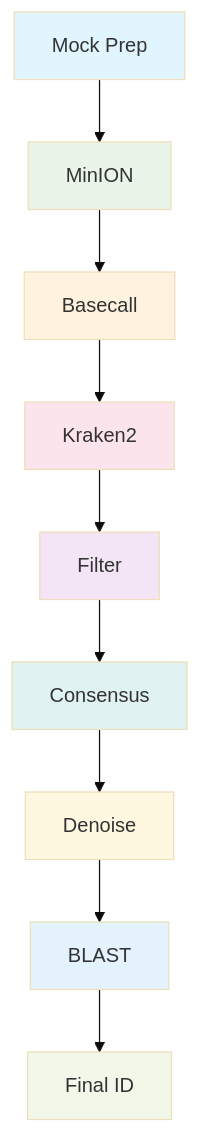
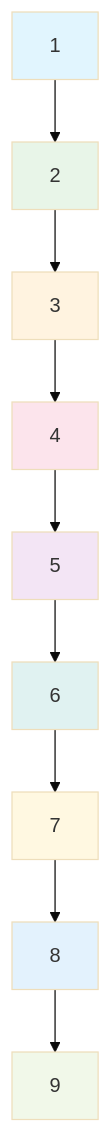
Before and after one commit to piedna/DeCodeDNA: the diagram in README.md, drawn with Mermaid (base theme). The commit also changed other lines of this file, not shown here.

Commit message:
Simplify flowchart with short labels and color coding

````diff
--- a/README.md
+++ b/README.md
@@ -38,21 +38,21 @@
 ```mermaid
 flowchart TD
-    A[Mock Prep] --> B[MinION]
-    B --> C[Basecall]
-    C --> D[Kraken2]
-    D --> E[Filter]
-    E --> F[Consensus]
-    F --> G[Denoise]
-    G --> H[BLAST]
-    H --> I[Final ID]
+    A[1] --> B[2]
+    B --> C[3]
+    C --> D[4]
+    D --> E[5]
+    E --> F[6]
+    F --> G[7]
+    G --> H[8]
+    H --> I[9]
     
     style A fill:#e1f5fe
     style B fill:#e8f5e8
     style C fill:#fff3e0
     style D fill:#fce4ec
     style E fill:#f3e5f5
     style F fill:#e0f2f1
     style G fill:#fff8e1
     style H fill:#e3f2fd
     style I fill:#f1f8e9
 ```
````
